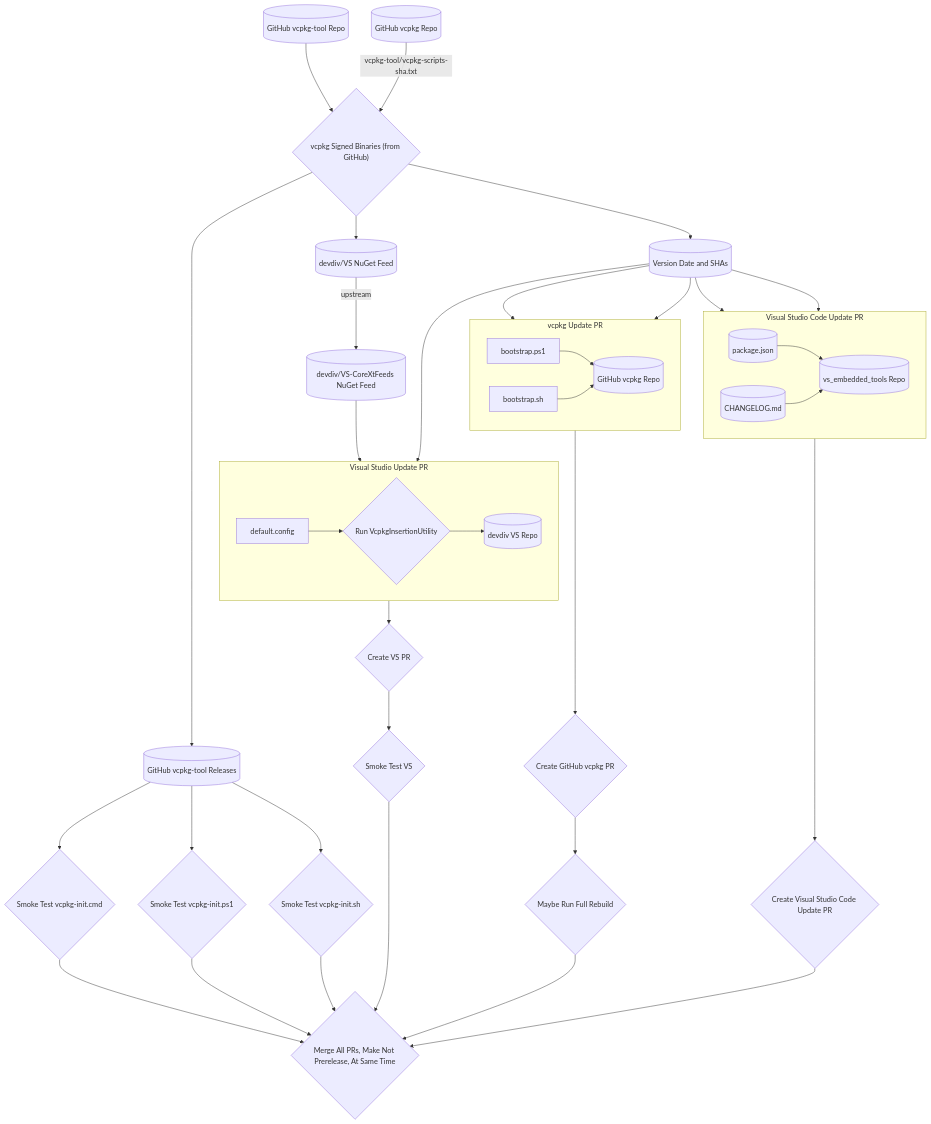
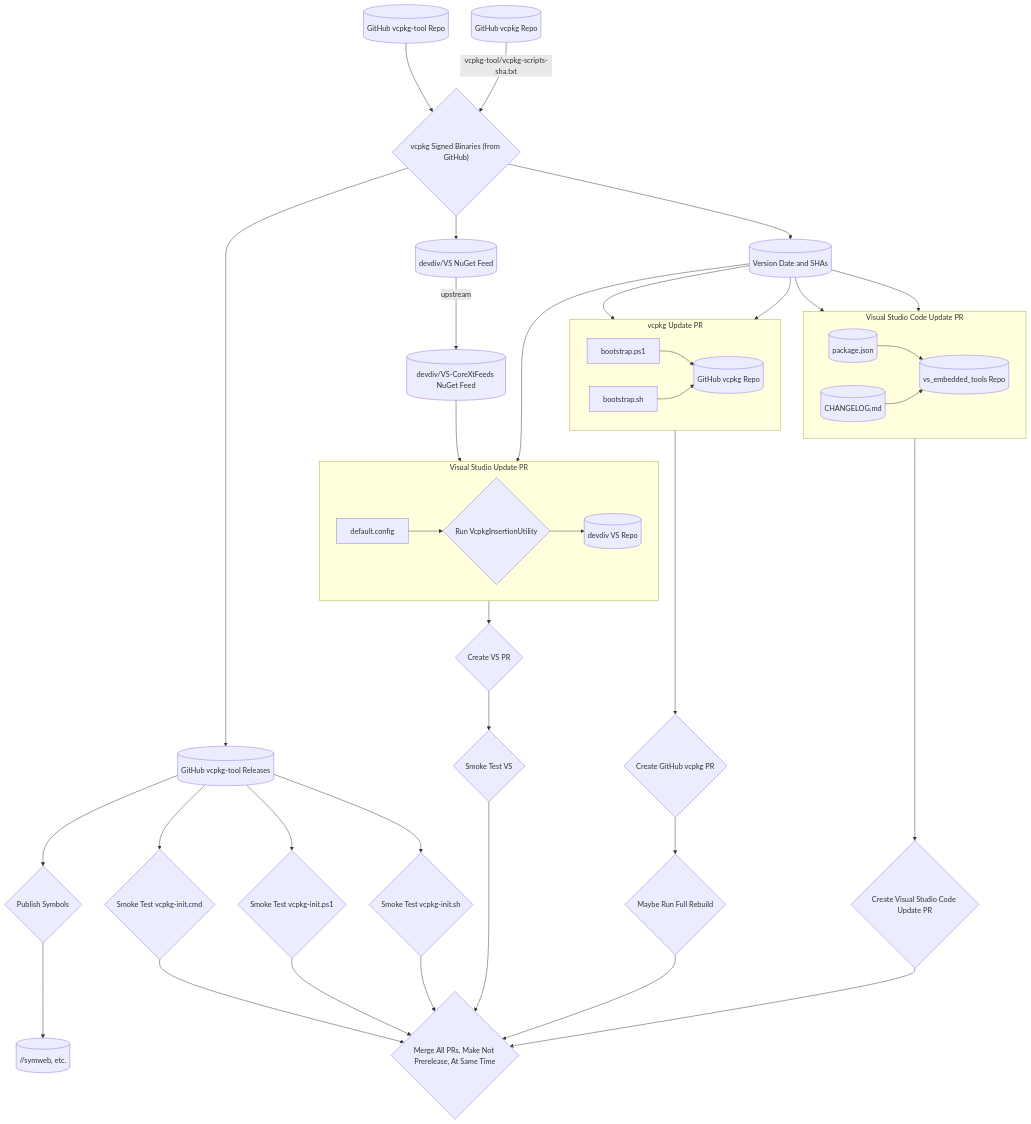
The diagram in docs/vcpkg_tool_release_process.md (microsoft/vcpkg-tool), drawn with Mermaid before and after one commit. The commit also changed other lines of this file, not shown here.

```diff
--- a/docs/vcpkg_tool_release_process.md
+++ b/docs/vcpkg_tool_release_process.md
@@ -86,12 +96,16 @@
         vs_embedded_tools_repo[(vs_embedded_tools Repo)]
     end
     create_vs_code_update_pr{Create Visual Studio Code Update PR}
+    publish_symbols{Publish Symbols}
+    symweb[(//symweb, etc.)]
     
     %% Build the Release
     vcpkg_tool_repo --> vcpkg_signed_binaries
     vcpkg_repo -- vcpkg-tool/vcpkg-scripts-sha.txt --> vcpkg_signed_binaries
     vcpkg_signed_binaries --> vcpkg_tool_releases
     vcpkg_signed_binaries --> release_version
+    vcpkg_tool_releases --> publish_symbols
+    publish_symbols --> symweb
     
     %% vcpkg Update
     release_version --> bootstrap_ps1
```
